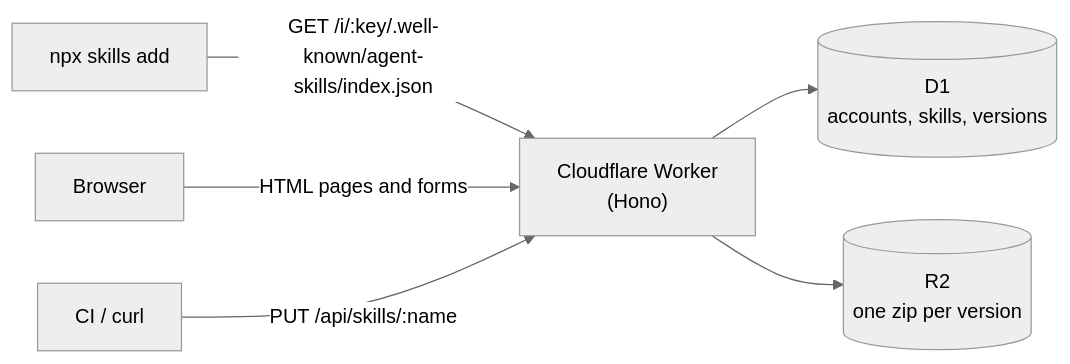
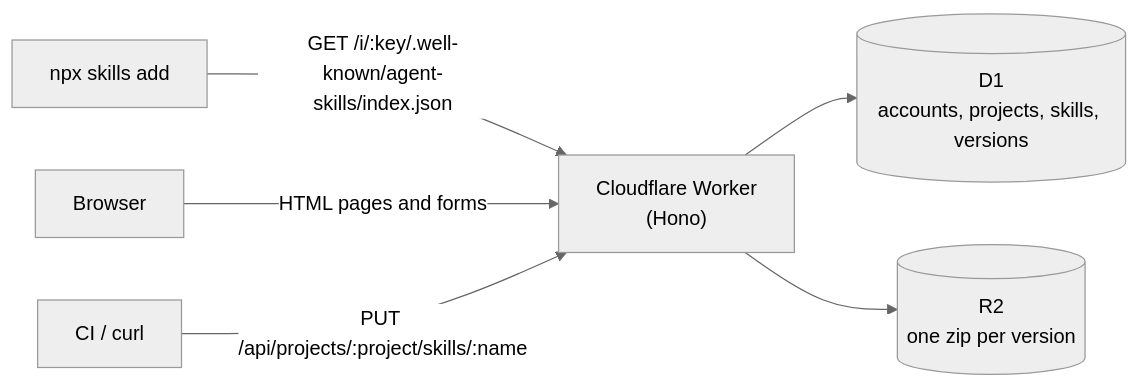
Before and after one commit to Qsnh/skillsgist: the diagram in README.md, drawn with Mermaid (neutral theme). The commit also changed other lines of this file and 58 other files, not shown here.

````diff
--- a/README.md
+++ b/README.md
@@ -208,8 +170,8 @@
 ```mermaid
 flowchart LR
   cli["npx skills add"] -- "GET /i/:key/.well-known/agent-skills/index.json" --> worker
   browser["Browser"] -- "HTML pages and forms" --> worker
-  ci["CI / curl"] -- "PUT /api/skills/:name" --> worker
-  worker["Cloudflare Worker<br/>(Hono)"] --> d1[("D1<br/>accounts, skills, versions")]
+  ci["CI / curl"] -- "PUT /api/projects/:project/skills/:name" --> worker
+  worker["Cloudflare Worker<br/>(Hono)"] --> d1[("D1<br/>accounts, projects, skills, versions")]
   worker --> r2[("R2<br/>one zip per version")]
 ```
````
